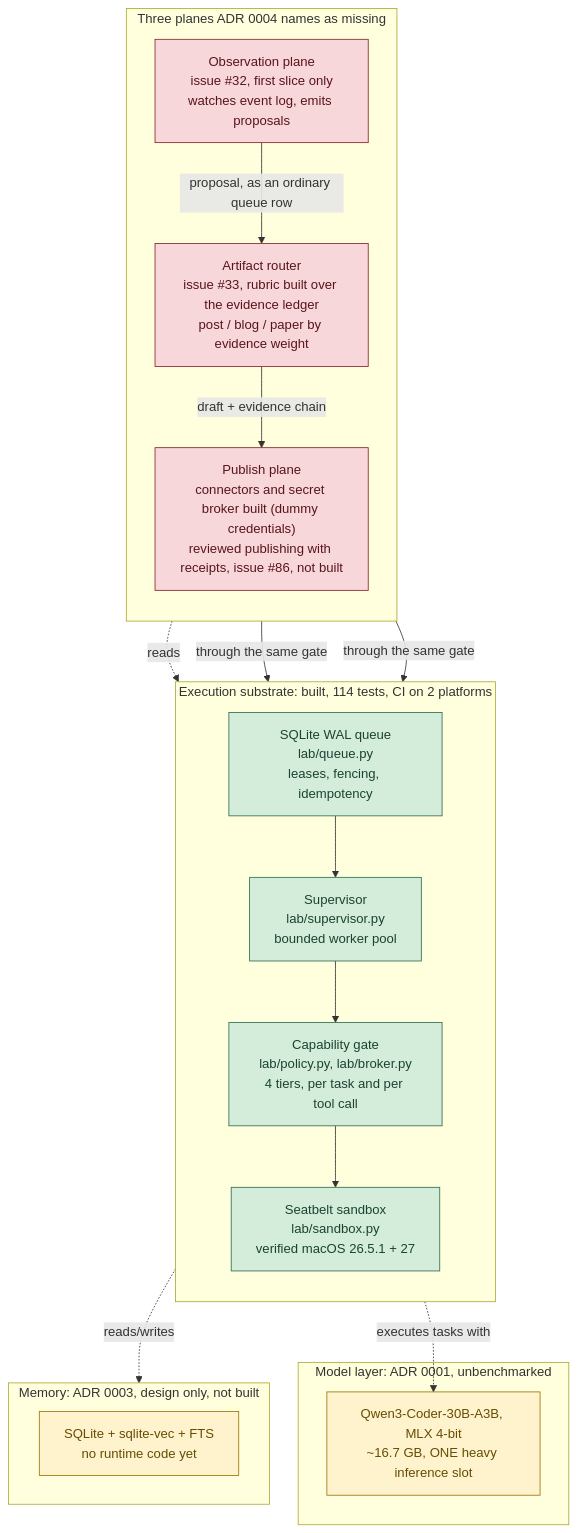
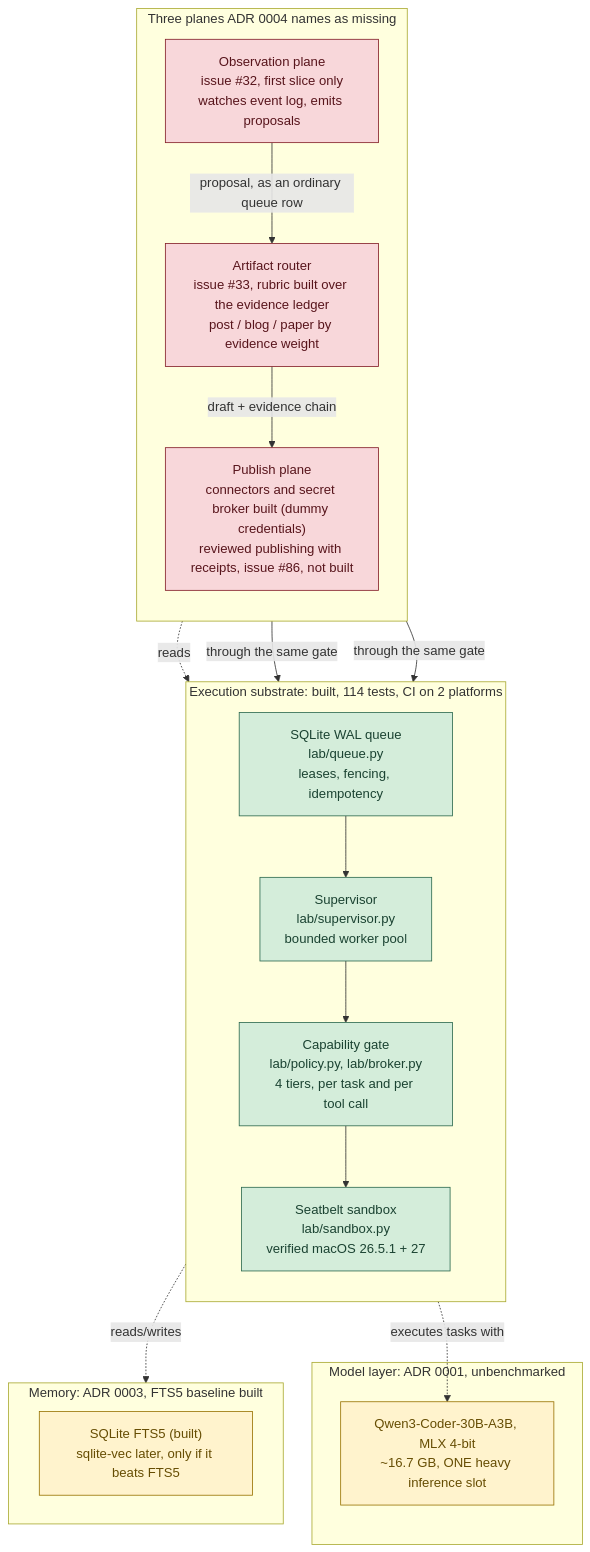
One commit to roshanaryal1/home-lab changed the diagram in docs/ARCHITECTURE.md. Above: the diagram before and after it, drawn with Mermaid. The commit also changed other lines of this file and 9 other files, not shown here.

Commit message:
feat: inspectable FTS5 memory with provenance, expiry and revoke that reaches drafts (8.4)

````diff
--- a/docs/ARCHITECTURE.md
+++ b/docs/ARCHITECTURE.md
@@ -16,41 +16,41 @@
 ```mermaid
 flowchart TB
     subgraph substrate["Execution substrate: built, 114 tests, CI on 2 platforms"]
         direction TB
         queue["SQLite WAL queue<br/>lab/queue.py<br/>leases, fencing, idempotency"]
         supervisor["Supervisor<br/>lab/supervisor.py<br/>bounded worker pool"]
         gate["Capability gate<br/>lab/policy.py, lab/broker.py<br/>4 tiers, per task and per tool call"]
         sandbox["Seatbelt sandbox<br/>lab/sandbox.py<br/>verified macOS 26.5.1 + 27"]
         queue --> supervisor --> gate --> sandbox
     end
 
     subgraph model["Model layer: ADR 0001, unbenchmarked"]
         heavy["Qwen3-Coder-30B-A3B, MLX 4-bit<br/>~16.7 GB, ONE heavy inference slot"]
     end
 
-    subgraph memory["Memory: ADR 0003, design only, not built"]
-        mem["SQLite + sqlite-vec + FTS<br/>no runtime code yet"]
+    subgraph memory["Memory: ADR 0003, FTS5 baseline built"]
+        mem["SQLite FTS5 (built)<br/>sqlite-vec later, only if it beats FTS5"]
     end
 
     subgraph planes["Three planes ADR 0004 names as missing"]
         direction TB
         obs["Observation plane<br/>issue #32, first slice only<br/>watches event log, emits proposals"]
         router["Artifact router<br/>issue #33, rubric built over the evidence ledger<br/>post / blog / paper by evidence weight"]
         publish["Publish plane<br/>connectors and secret broker built (dummy credentials)<br/>reviewed publishing with receipts, issue #86, not built"]
         obs -->|"proposal, as an ordinary queue row"| router
         router -->|"draft + evidence chain"| publish
     end
 
     supervisor -.->|"executes tasks with"| heavy
     supervisor -.->|"reads/writes"| memory
     obs -.->|"reads"| queue
     router -->|"through the same gate"| gate
     publish -->|"through the same gate"| gate
 
     classDef built fill:#d4edda,stroke:#2d6a4f,color:#1b4332
     classDef missing fill:#f8d7da,stroke:#842029,color:#58151c
     classDef designonly fill:#fff3cd,stroke:#997404,color:#664d03
     class queue,supervisor,gate,sandbox built
     class obs,router,publish missing
     class heavy,mem designonly
 ```
````
